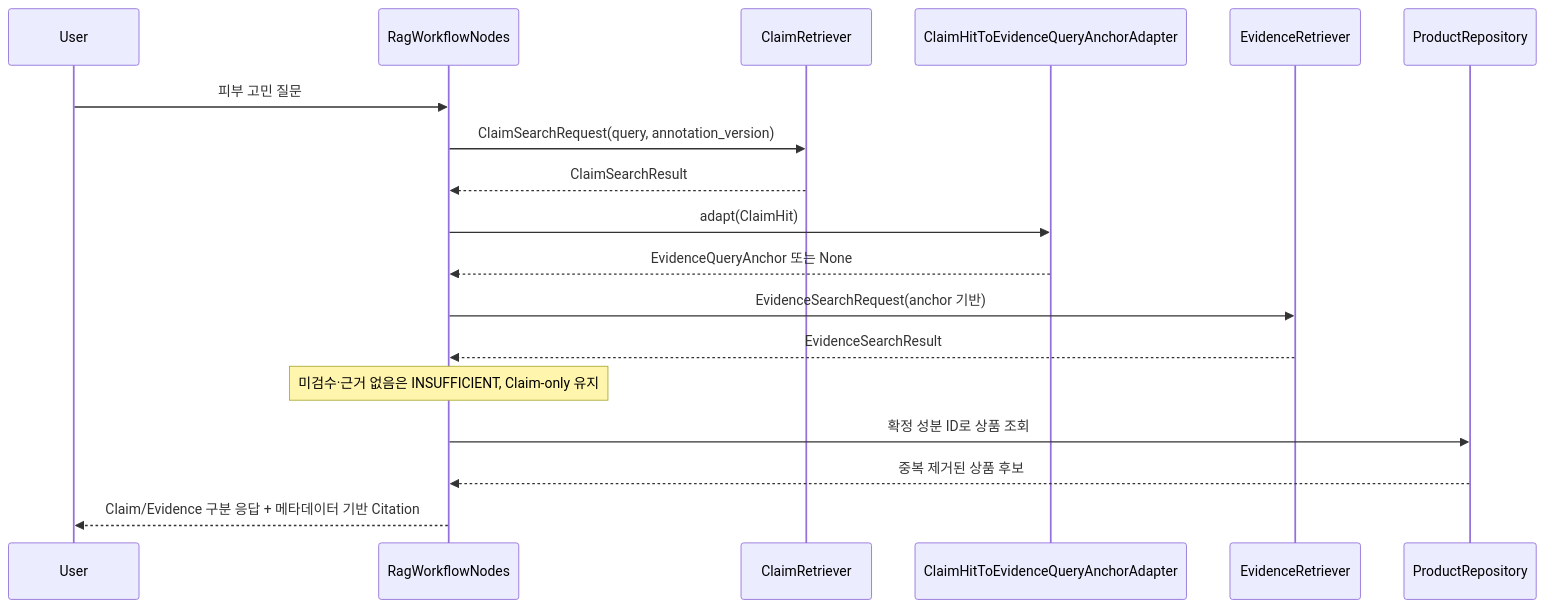
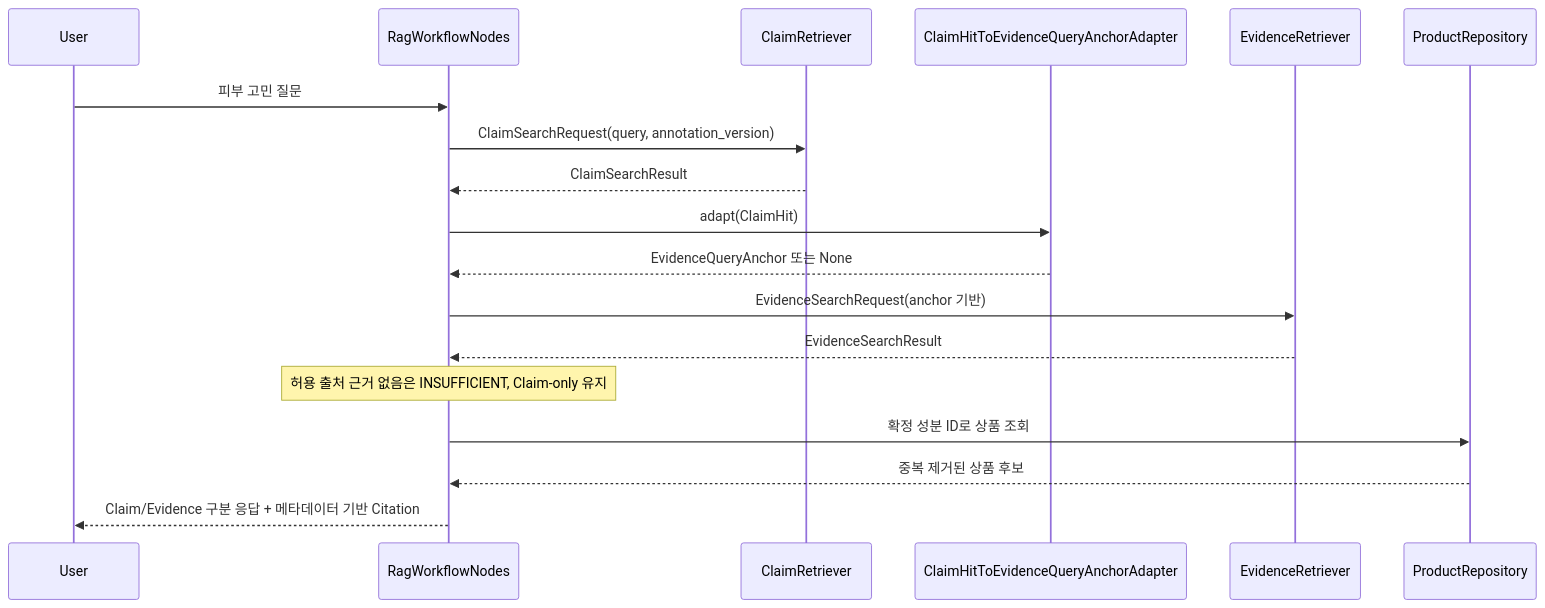
Before and after one commit to gawonm/skincare: the diagram in docs/contracts/claim-evidence-rag-interface.md, drawn with Mermaid. The commit also changed other lines of this file and 7 other files, not shown here.

````diff
--- a/docs/contracts/claim-evidence-rag-interface.md
+++ b/docs/contracts/claim-evidence-rag-interface.md
@@ -355,21 +355,21 @@
 ```mermaid
 sequenceDiagram
     participant User
     participant Workflow as RagWorkflowNodes
     participant Claim as ClaimRetriever
     participant Adapter as ClaimHitToEvidenceQueryAnchorAdapter
     participant Evidence as EvidenceRetriever
     participant Product as ProductRepository
 
     User->>Workflow: 피부 고민 질문
     Workflow->>Claim: ClaimSearchRequest(query, annotation_version)
     Claim-->>Workflow: ClaimSearchResult
     Workflow->>Adapter: adapt(ClaimHit)
     Adapter-->>Workflow: EvidenceQueryAnchor 또는 None
     Workflow->>Evidence: EvidenceSearchRequest(anchor 기반)
     Evidence-->>Workflow: EvidenceSearchResult
-    Note over Workflow: 미검수·근거 없음은 INSUFFICIENT, Claim-only 유지
+    Note over Workflow: 허용 출처 근거 없음은 INSUFFICIENT, Claim-only 유지
     Workflow->>Product: 확정 성분 ID로 상품 조회
     Product-->>Workflow: 중복 제거된 상품 후보
     Workflow-->>User: Claim/Evidence 구분 응답 + 메타데이터 기반 Citation
 ```
````
